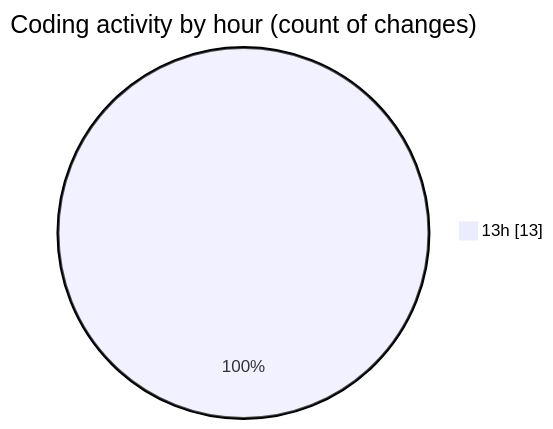
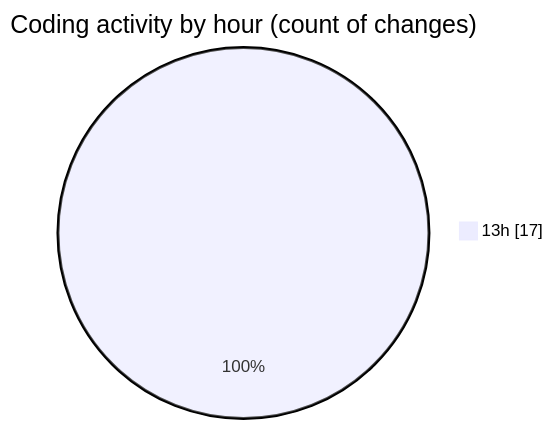
One commit to Ritupan-Deka/code-tracking changed the second of 2 diagrams in 2025-06-29/whiteboard/README.md. Above: the diagram before and after it, drawn with Mermaid. The commit also changed other lines of this file and 1 other file, not shown here.

````diff
--- a/2025-06-29/whiteboard/README.md
+++ b/2025-06-29/whiteboard/README.md
@@ -31,5 +31,5 @@
 ```mermaid
 pie showData
 title Coding activity by hour (count of changes)
-"13h" : 13
+"13h" : 17
 ```
````
